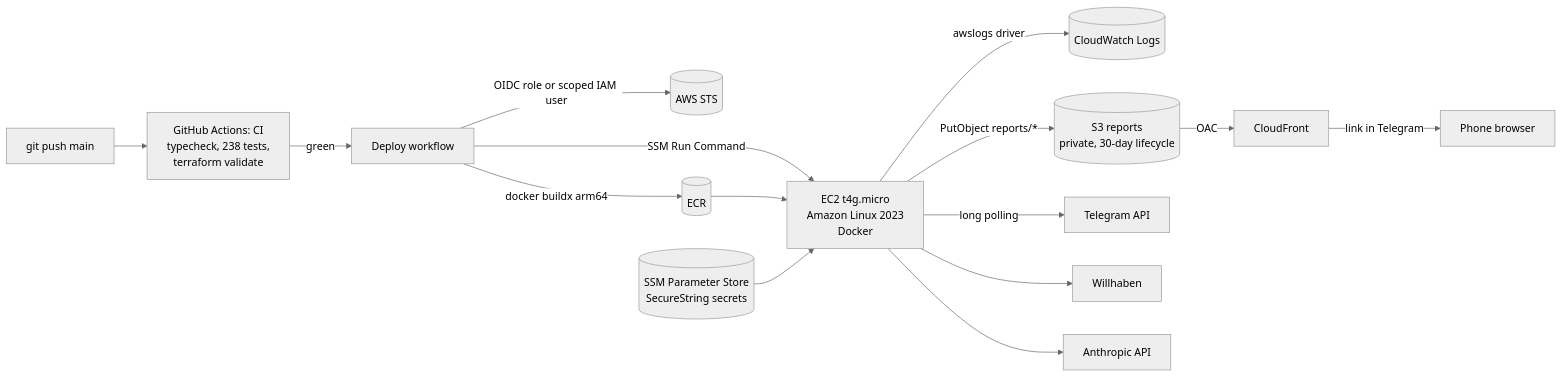
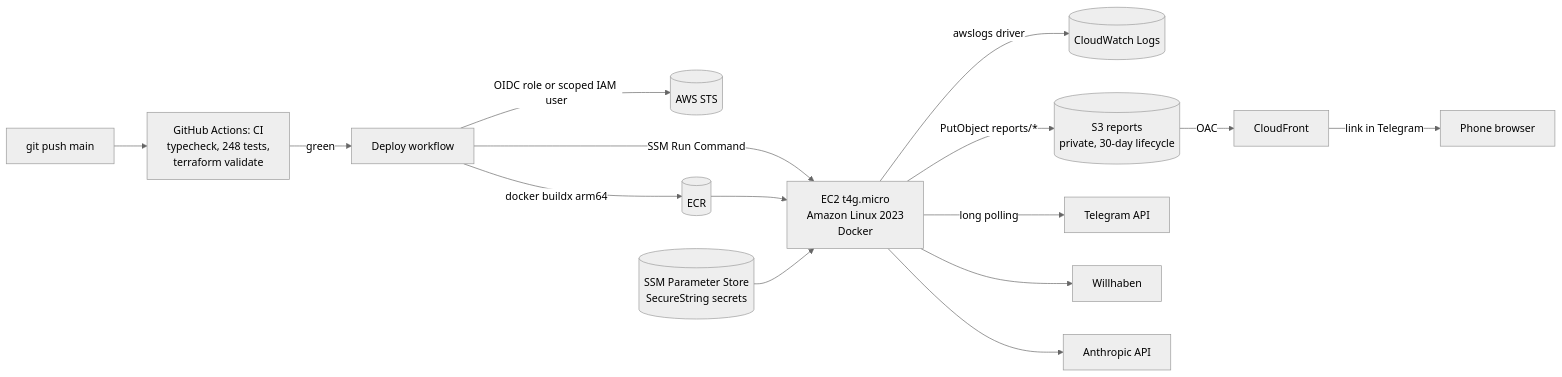
One commit to IvanSytnik/dealradar changed the diagram in docs/aws.md. Above: the diagram before and after it, drawn with Mermaid (neutral theme). The commit also changed 1 other file, not shown here.

Commit message:
docs: Kleinanzeigen beta, Mini App report, probe tool

````diff
--- a/docs/aws.md
+++ b/docs/aws.md
@@ -6,16 +6,16 @@
 ```mermaid
 flowchart LR
-  dev[git push main] --> ci[GitHub Actions: CI<br/>typecheck, 238 tests,<br/>terraform validate]
+  dev[git push main] --> ci[GitHub Actions: CI<br/>typecheck, 248 tests,<br/>terraform validate]
   ci -->|green| cd[Deploy workflow]
   cd -->|OIDC role or scoped IAM user| sts[(AWS STS)]
   cd -->|docker buildx arm64| ecr[(ECR)]
   cd -->|SSM Run Command| ec2[EC2 t4g.micro<br/>Amazon Linux 2023<br/>Docker]
   ecr --> ec2
   ssm[(SSM Parameter Store<br/>SecureString secrets)] --> ec2
   ec2 -->|awslogs driver| cw[(CloudWatch Logs)]
   ec2 -->|PutObject reports/*| s3[(S3 reports<br/>private, 30-day lifecycle)]
   s3 -->|OAC| cf[CloudFront] -->|link in Telegram| user[Phone browser]
   ec2 -->|long polling| tg[Telegram API]
   ec2 --> wh[Willhaben]
   ec2 --> ai[Anthropic API]
 ```
````
